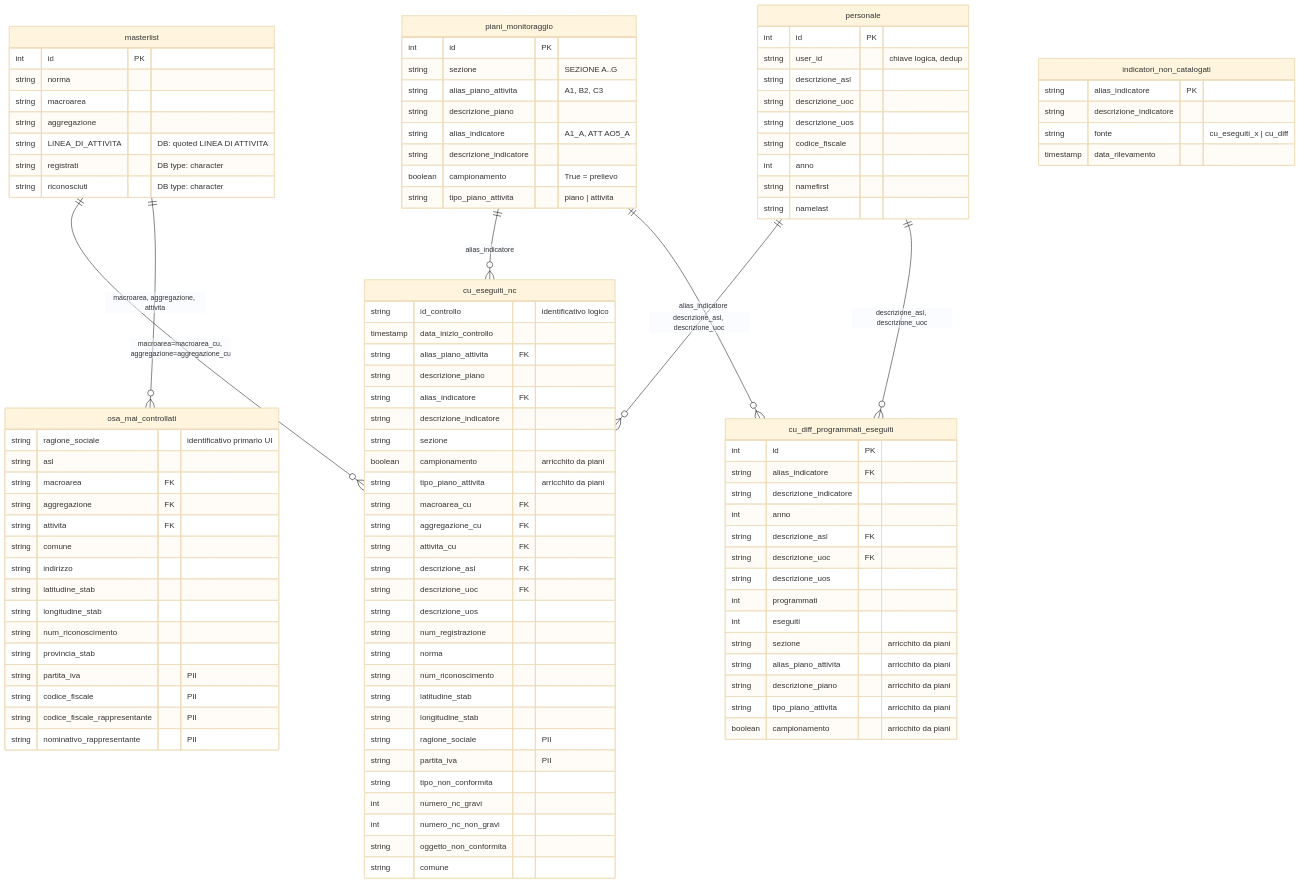
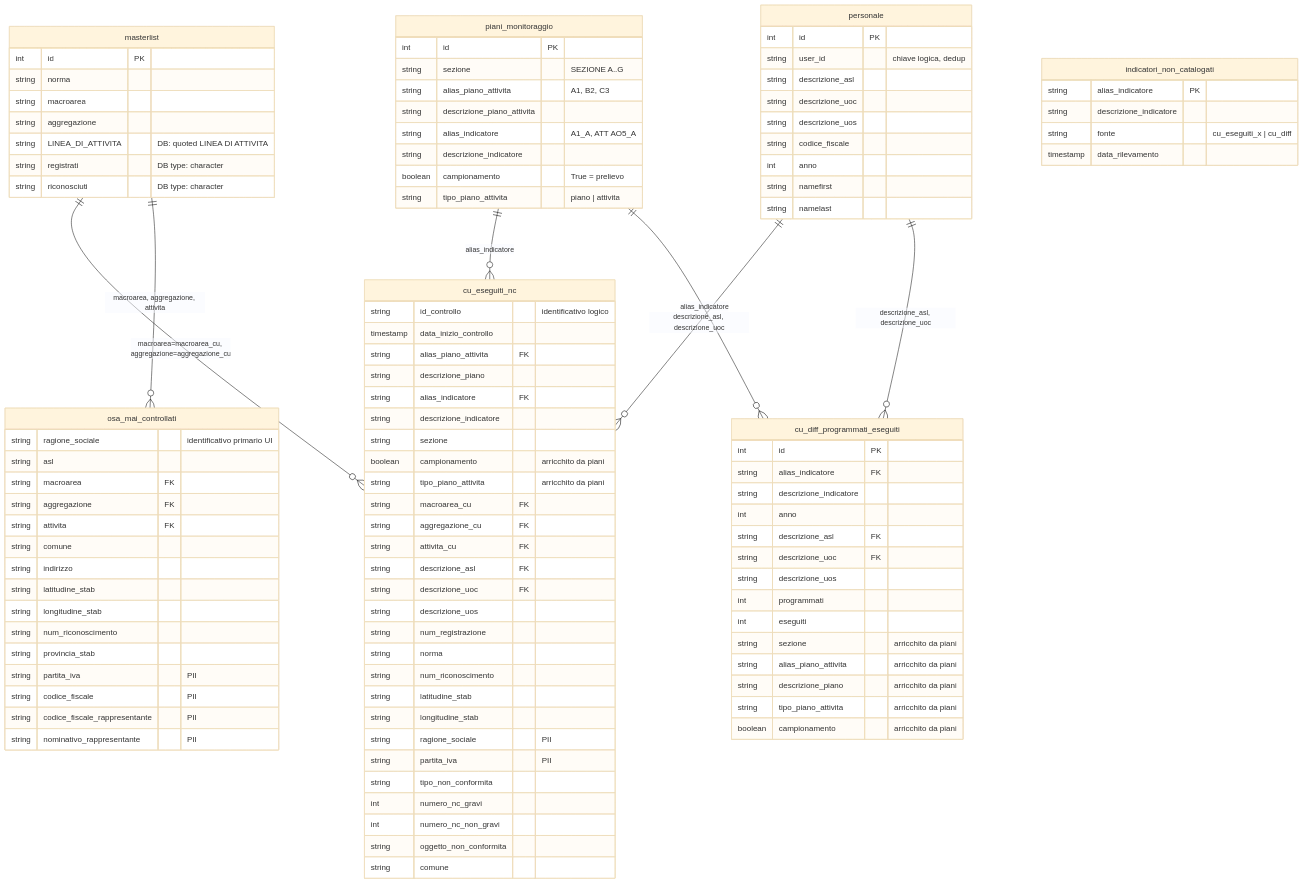
One commit to dvitale/GiAs changed the diagram in GiAs-llm/docs/dataset_min.mmd. Above: the diagram before and after it, drawn with Mermaid (base theme). The commit also changed 73 other files, not shown here.

```diff
--- a/GiAs-llm/docs/dataset_min.mmd
+++ b/GiAs-llm/docs/dataset_min.mmd
@@ -1,109 +1,109 @@
 %% Schema canonico applicativo: nomi colonna come presenti nel DB e visti dal codice Python
 %% Nessun rename applicativo: le tabelle in public hanno gia' i nomi canonici
 %% Le tabelle originali sono archiviate nello schema "old"
 erDiagram
     masterlist {
         int id PK
         string norma
         string macroarea
         string aggregazione
         string LINEA_DI_ATTIVITA "DB: quoted LINEA DI ATTIVITA"
         string registrati "DB type: character"
         string riconosciuti "DB type: character"
     }
     piani_monitoraggio {
         int id PK
         string sezione "SEZIONE A..G"
         string alias_piano_attivita "A1, B2, C3"
-        string descrizione_piano
+        string descrizione_piano_attivita
         string alias_indicatore "A1_A, ATT AO5_A"
         string descrizione_indicatore
         boolean campionamento "True = prelievo"
         string tipo_piano_attivita "piano | attivita"
     }
     personale {
         int id PK
         string user_id "chiave logica, dedup"
         string descrizione_asl
         string descrizione_uoc
         string descrizione_uos
         string codice_fiscale
         int anno
         string namefirst
         string namelast
     }
     cu_eseguiti_nc {
         string id_controllo "identificativo logico"
         timestamp data_inizio_controllo
         string alias_piano_attivita FK
         string descrizione_piano
         string alias_indicatore FK
         string descrizione_indicatore
         string sezione
         boolean campionamento "arricchito da piani"
         string tipo_piano_attivita "arricchito da piani"
         string macroarea_cu FK
         string aggregazione_cu FK
         string attivita_cu FK
         string descrizione_asl FK
         string descrizione_uoc FK
         string descrizione_uos
         string num_registrazione
         string norma
         string num_riconoscimento
         string latitudine_stab
         string longitudine_stab
         string ragione_sociale "PII"
         string partita_iva "PII"
         string tipo_non_conformita
         int numero_nc_gravi
         int numero_nc_non_gravi
         string oggetto_non_conformita
         string comune
     }
     osa_mai_controllati {
         string ragione_sociale "identificativo primario UI"
         string asl
         string macroarea FK
         string aggregazione FK
         string attivita FK
         string comune
         string indirizzo
         string latitudine_stab
         string longitudine_stab
         string num_riconoscimento
         string provincia_stab
         string partita_iva "PII"
         string codice_fiscale "PII"
         string codice_fiscale_rappresentante "PII"
         string nominativo_rappresentante "PII"
     }
     cu_diff_programmati_eseguiti {
         int id PK
         string alias_indicatore FK
         string descrizione_indicatore
         int anno
         string descrizione_asl FK
         string descrizione_uoc FK
         string descrizione_uos
         int programmati
         int eseguiti
         string sezione "arricchito da piani"
         string alias_piano_attivita "arricchito da piani"
         string descrizione_piano "arricchito da piani"
         string tipo_piano_attivita "arricchito da piani"
         boolean campionamento "arricchito da piani"
     }
     indicatori_non_catalogati {
         string alias_indicatore PK
         string descrizione_indicatore
         string fonte "cu_eseguiti_x | cu_diff"
         timestamp data_rilevamento
     }
 
     masterlist ||--o{ cu_eseguiti_nc : "macroarea=macroarea_cu, aggregazione=aggregazione_cu"
     masterlist ||--o{ osa_mai_controllati : "macroarea, aggregazione, attivita"
     piani_monitoraggio ||--o{ cu_eseguiti_nc : "alias_indicatore"
     piani_monitoraggio ||--o{ cu_diff_programmati_eseguiti : "alias_indicatore"
     personale ||--o{ cu_eseguiti_nc : "descrizione_asl, descrizione_uoc"
     personale ||--o{ cu_diff_programmati_eseguiti : "descrizione_asl, descrizione_uoc"
```
